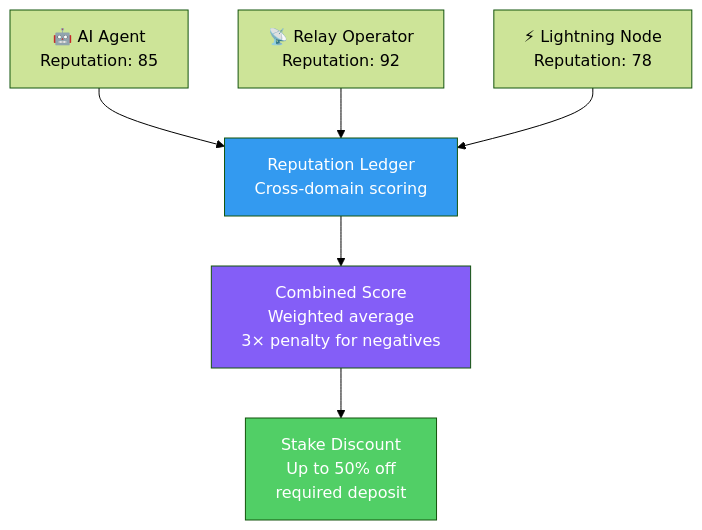
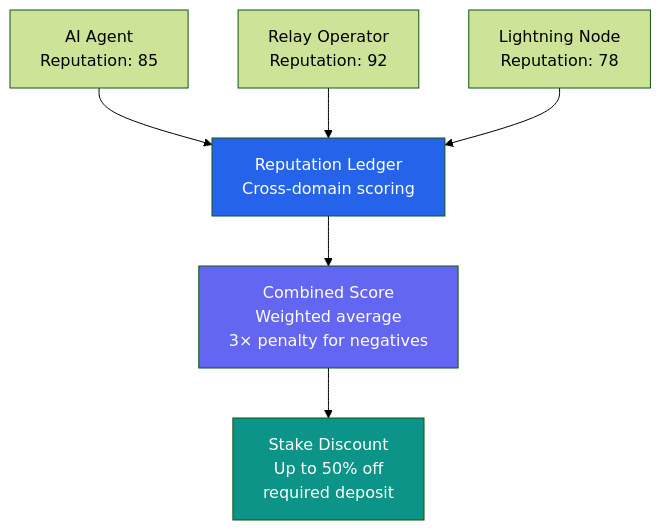
One commit to backproto/backproto changed diagram 14 of 16 in website/explainer.md. Above: the diagram before and after it, drawn with Mermaid (forest theme). The commit also changed other lines of this file and 7 other files, not shown here.

First line of the commit message:
refactor(explainer): modernize diagrams and polish text

````diff
--- a/website/explainer.md
+++ b/website/explainer.md
@@ -467,14 +466,14 @@
 ```mermaid
 graph TB
-    AI["🤖 AI Agent<br/>Reputation: 85"] --> LEDGER
-    RELAY["📡 Relay Operator<br/>Reputation: 92"] --> LEDGER
-    LN["⚡ Lightning Node<br/>Reputation: 78"] --> LEDGER
+    AI["AI Agent<br/>Reputation: 85"] --> LEDGER
+    RELAY["Relay Operator<br/>Reputation: 92"] --> LEDGER
+    LN["Lightning Node<br/>Reputation: 78"] --> LEDGER
 
     LEDGER["Reputation Ledger<br/>Cross-domain scoring"] --> SCORE["Combined Score<br/>Weighted average<br/>3× penalty for negatives"]
 
     SCORE --> DISCOUNT["Stake Discount<br/>Up to 50% off<br/>required deposit"]
 
-    style LEDGER fill:#339af0,color:#fff
-    style SCORE fill:#845ef7,color:#fff
-    style DISCOUNT fill:#51cf66,color:#fff
+    style LEDGER fill:#2563eb,color:#fff
+    style SCORE fill:#6366f1,color:#fff
+    style DISCOUNT fill:#0d9488,color:#fff
 ```
````
